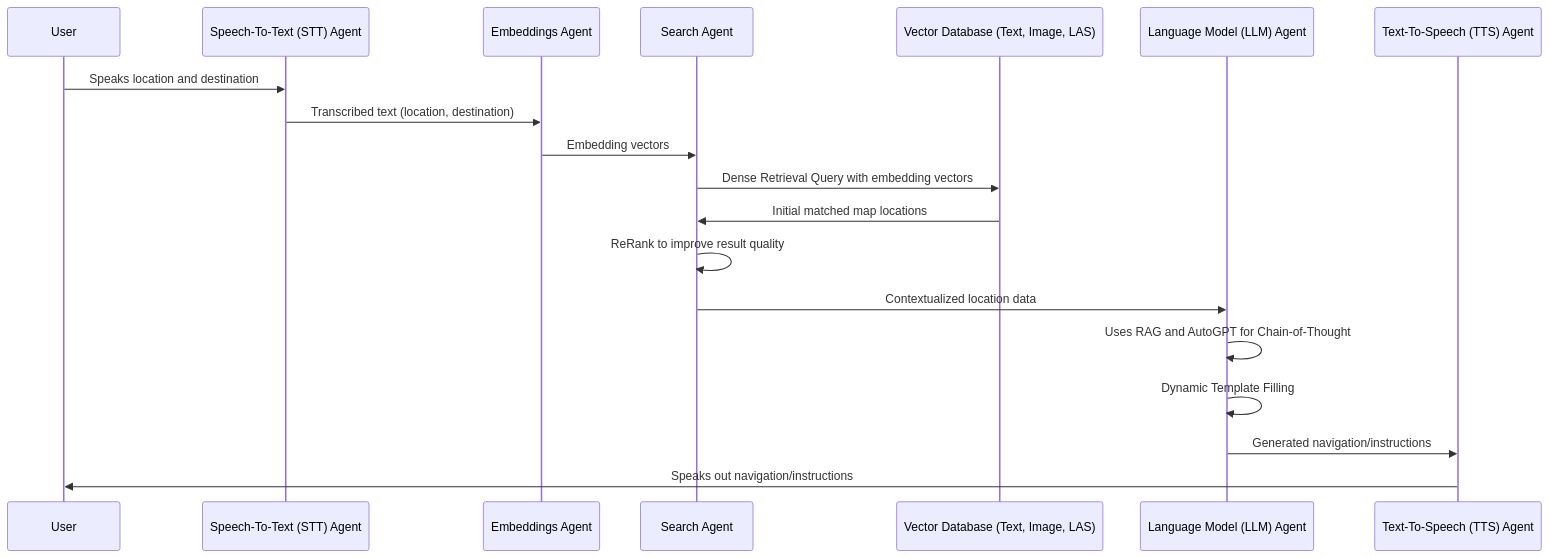
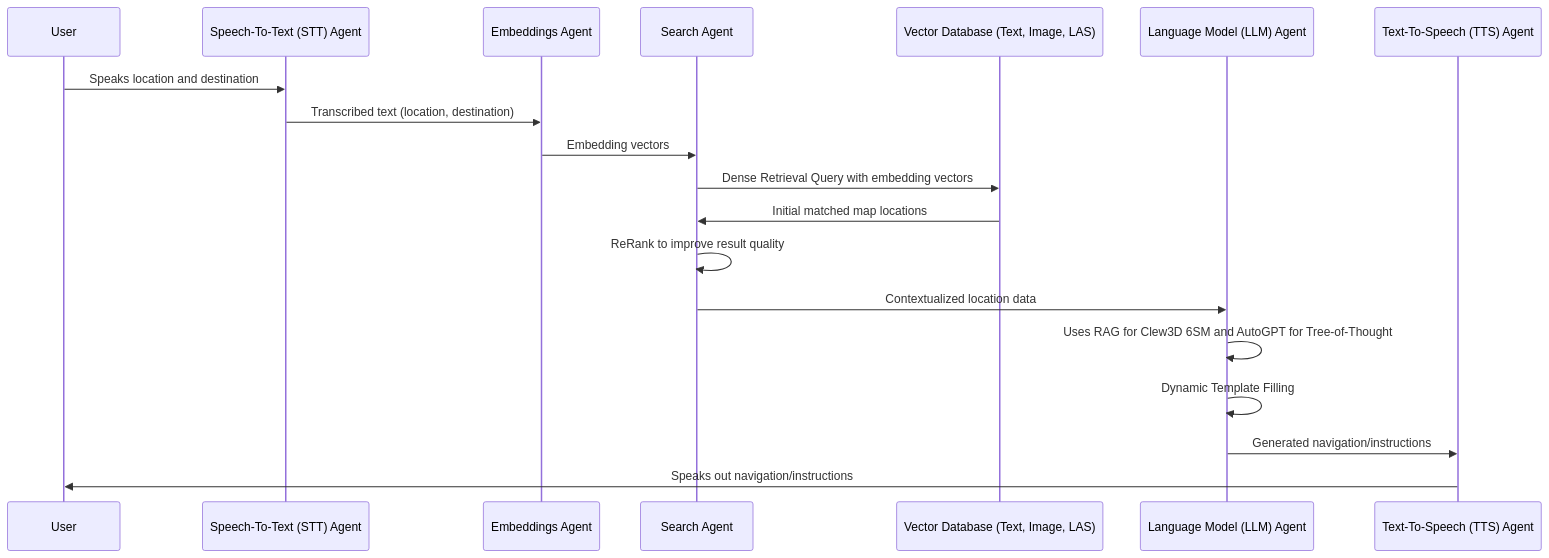
One commit to Sohum-Prime/CompRobo-VisionLLM changed the second of 2 diagrams in README.md. Above: the diagram before and after it, drawn with Mermaid.

````diff
--- a/README.md
+++ b/README.md
@@ -180,22 +180,22 @@
 ```mermaid
 sequenceDiagram
     participant User
     participant STT as Speech-To-Text (STT) Agent
     participant Embed as Embeddings Agent
     participant Search as Search Agent
     participant VectorDB as Vector Database (Text, Image, LAS)
     participant LLM as Language Model (LLM) Agent
     participant TTS as Text-To-Speech (TTS) Agent
 
     User->>STT: Speaks location and destination
     STT->>Embed: Transcribed text (location, destination)
     Embed->>Search: Embedding vectors
     Search->>VectorDB: Dense Retrieval Query with embedding vectors
     VectorDB->>Search: Initial matched map locations
     Search->>Search: ReRank to improve result quality
     Search->>LLM: Contextualized location data
-    LLM->>LLM: Uses RAG and AutoGPT for Chain-of-Thought
+    LLM->>LLM: Uses RAG for Clew3D 6SM and AutoGPT for Tree-of-Thought
     LLM->>LLM: Dynamic Template Filling
     LLM->>TTS: Generated navigation/instructions
     TTS->>User: Speaks out navigation/instructions
 ```
````
